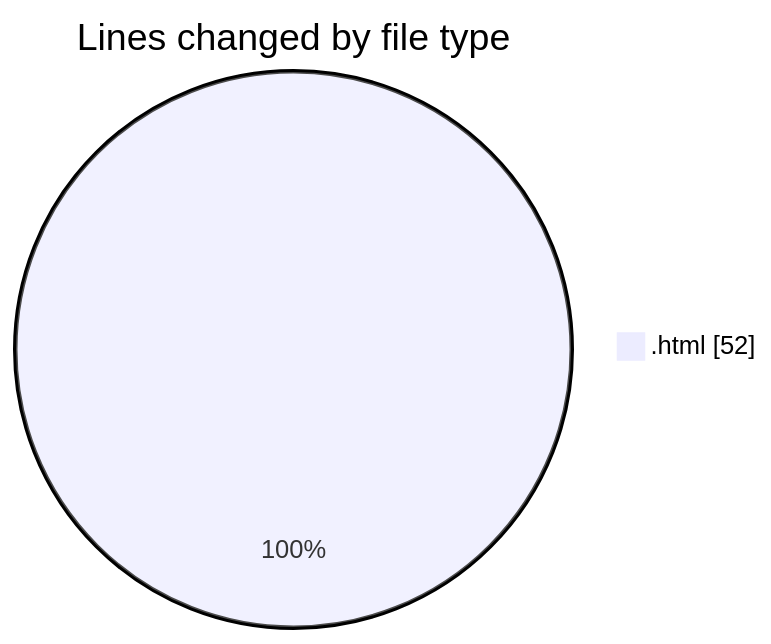
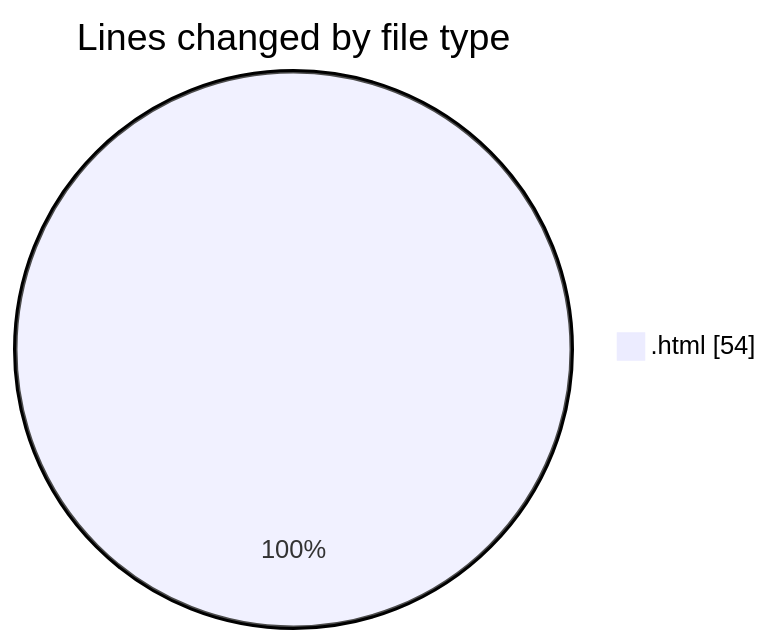
Before and after one commit to nxtqubesakshisongat/code-tracking: the first of 2 diagrams in 2025-10-23/javacript/README.md, drawn with Mermaid. The commit also changed other lines of this file and 1 other file, not shown here.

````diff
--- a/2025-10-23/javacript/README.md
+++ b/2025-10-23/javacript/README.md
@@ -20,5 +20,5 @@
 ```mermaid
 pie showData
 title Lines changed by file type
-".html" : 52
+".html" : 54
 ```
````
